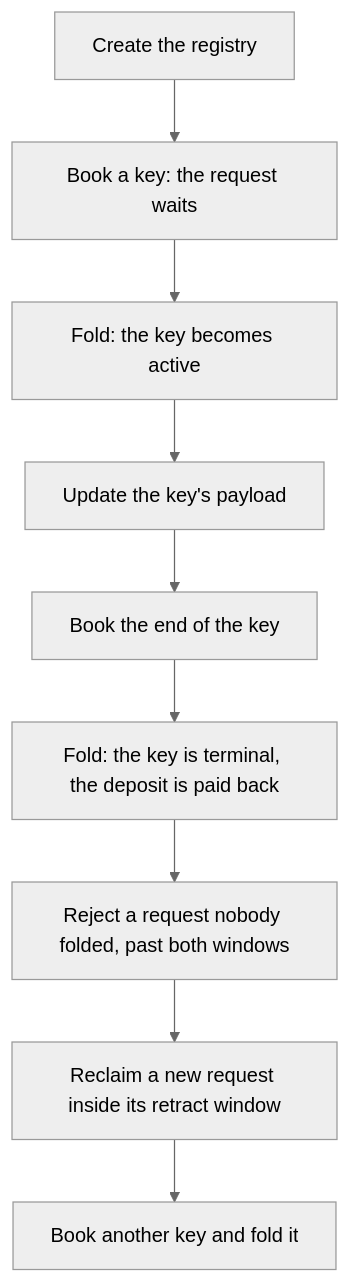
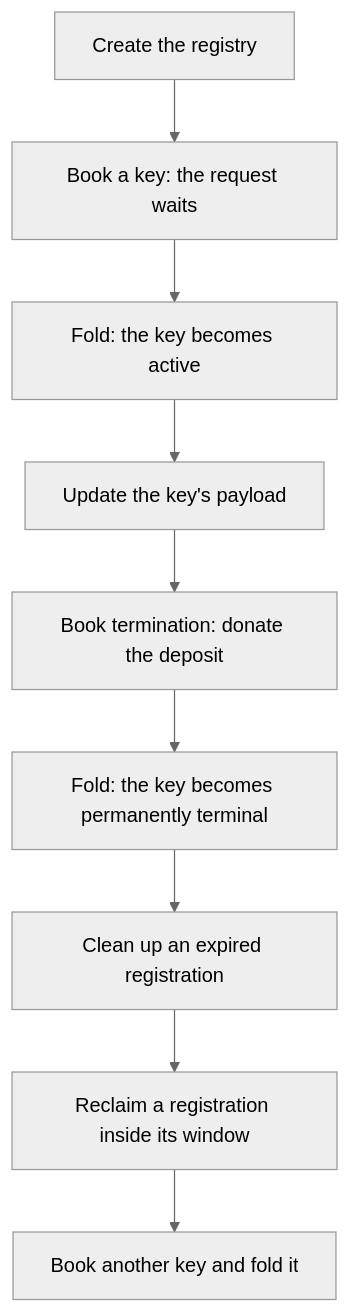
The diagram in docs/demo1.md (lambdasistemi/singular), drawn with Mermaid (neutral theme) before and after one commit. The commit also changed other lines of this file and 354 other files, not shown here.

````diff
--- a/docs/demo1.md
+++ b/docs/demo1.md
@@ -17,11 +18,11 @@
 ```mermaid
 flowchart TB
   Create[Create the registry] --> Book[Book a key: the request waits]
   Book --> Fold[Fold: the key becomes active]
   Fold --> Update[Update the key's payload]
-  Update --> End[Book the end of the key]
-  End --> Fold2[Fold: the key is terminal, the deposit is paid back]
-  Fold2 --> Reject[Reject a request nobody folded, past both windows]
-  Reject --> Reclaim[Reclaim a new request inside its retract window]
+  Update --> End[Book termination: donate the deposit]
+  End --> Fold2[Fold: the key becomes permanently terminal]
+  Fold2 --> Reject[Clean up an expired registration]
+  Reject --> Reclaim[Reclaim a registration inside its window]
   Reclaim --> Again[Book another key and fold it]
 ```
````
